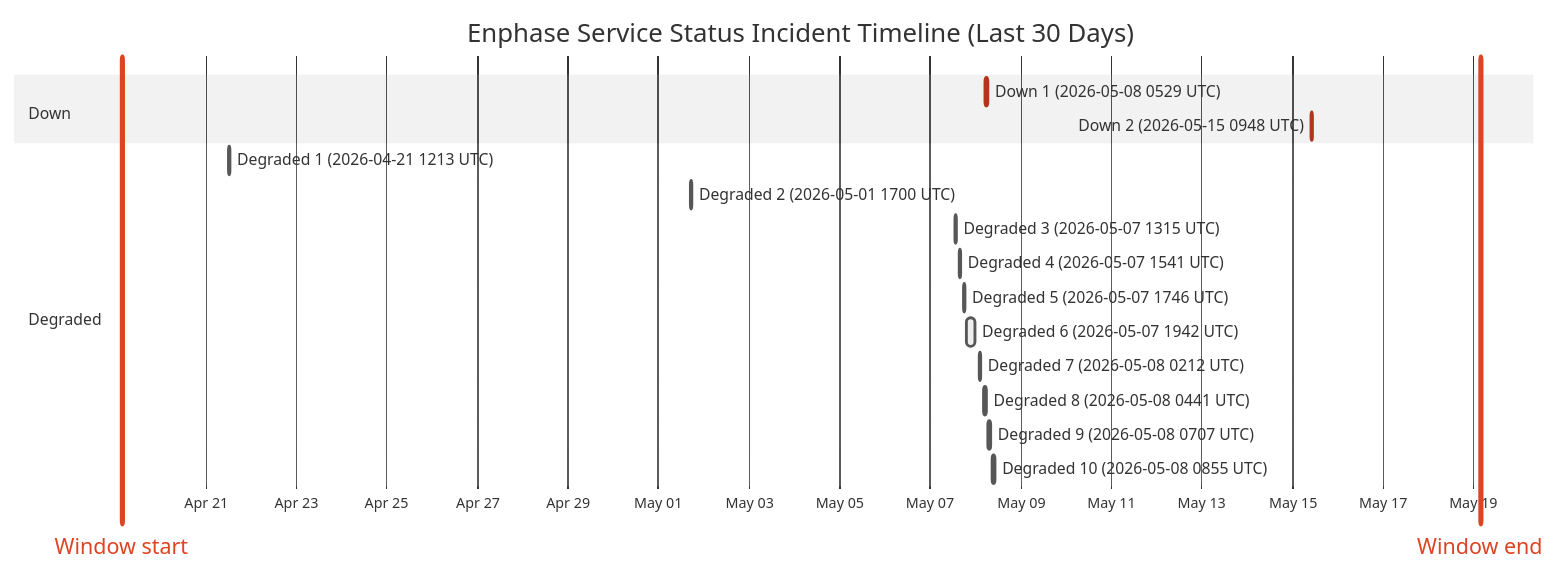
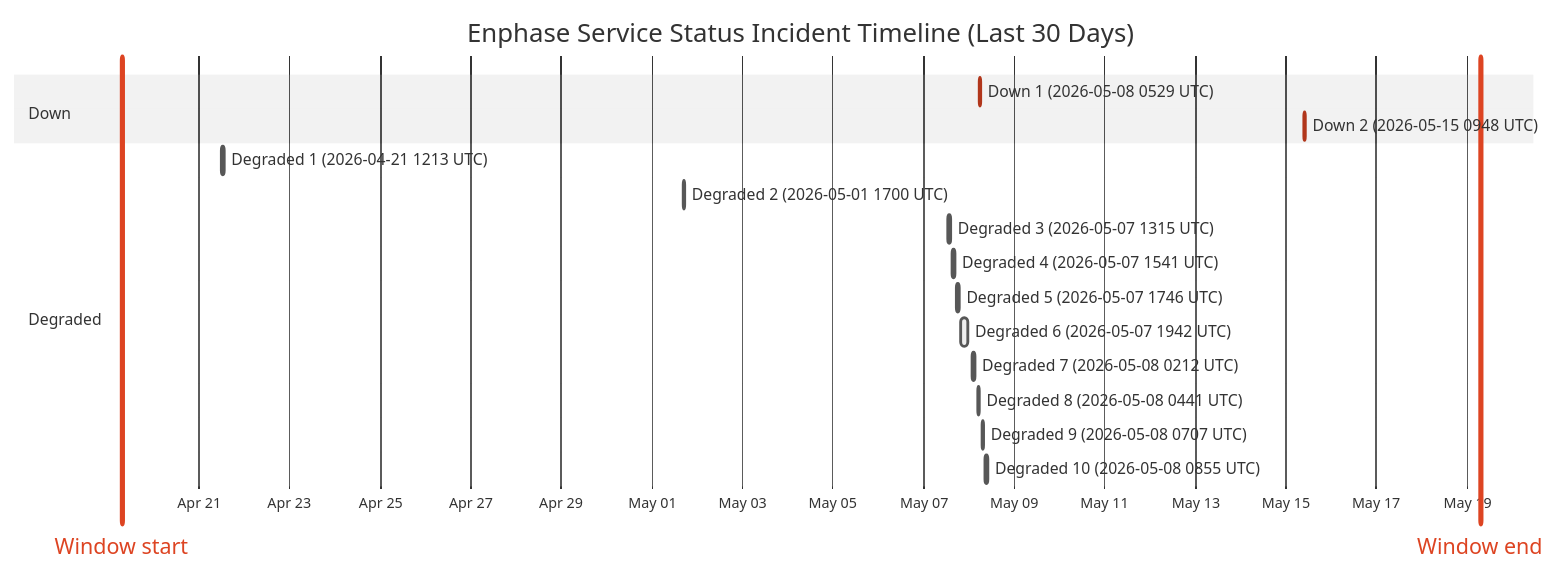
One commit to barneyonline/ha-enphase-ev-charger changed the diagram in wiki/Service-Status-History.md. Above: the diagram before and after it, drawn with Mermaid (neutral theme). The commit also changed other lines of this file and 3 other files, not shown here.

````diff
--- a/wiki/Service-Status-History.md
+++ b/wiki/Service-Status-History.md
@@ -14,22 +14,22 @@
 ```mermaid
 gantt
     title Enphase Service Status Incident Timeline (Last 30 Days)
     dateFormat  YYYY-MM-DDTHH:mm:ss
     axisFormat  %b %d
-    Window start :vert, window-start, 2026-04-19T03:28:35, 0ms
-    Window end :vert, window-end, 2026-05-19T03:28:35, 0ms
+    Window start :vert, window-start, 2026-04-19T07:01:25, 0ms
+    Window end :vert, window-end, 2026-05-19T07:01:25, 0ms
     section Down
     Down 1 (2026-05-08 0529 UTC) :crit, down-1, 2026-05-08T05:29:47, 60m
     Down 2 (2026-05-15 0948 UTC) :crit, down-2, 2026-05-15T09:48:18, 60m
     section Degraded
     Degraded 1 (2026-04-21 1213 UTC) :active, degraded-1, 2026-04-21T12:13:11, 60m
     Degraded 2 (2026-05-01 1700 UTC) :active, degraded-2, 2026-05-01T17:00:22, 60m
     Degraded 3 (2026-05-07 1315 UTC) :active, degraded-3, 2026-05-07T13:15:25, 60m
     Degraded 4 (2026-05-07 1541 UTC) :active, degraded-4, 2026-05-07T15:41:58, 60m
     Degraded 5 (2026-05-07 1746 UTC) :active, degraded-5, 2026-05-07T17:46:51, 60m
     Degraded 6 (2026-05-07 1942 UTC) :active, degraded-6, 2026-05-07T19:42:10, 249m
     Degraded 7 (2026-05-08 0212 UTC) :active, degraded-7, 2026-05-08T02:12:39, 60m
     Degraded 8 (2026-05-08 0441 UTC) :active, degraded-8, 2026-05-08T04:41:46, 60m
     Degraded 9 (2026-05-08 0707 UTC) :active, degraded-9, 2026-05-08T07:07:30, 60m
     Degraded 10 (2026-05-08 0855 UTC) :active, degraded-10, 2026-05-08T08:55:20, 88m
 ```
````
